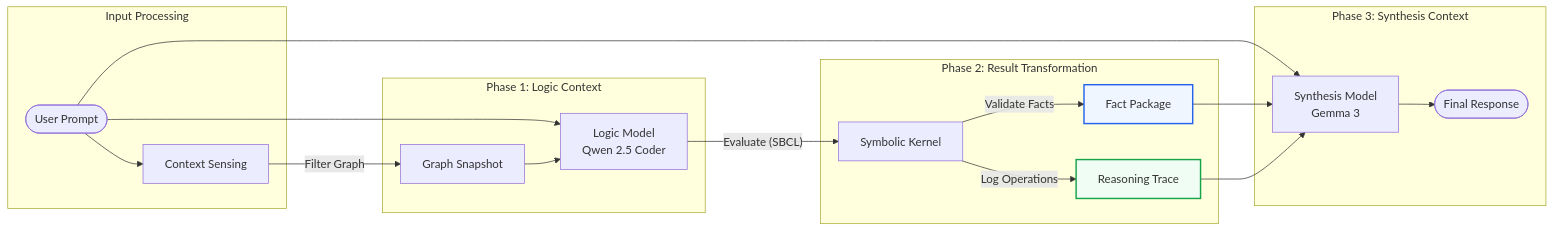
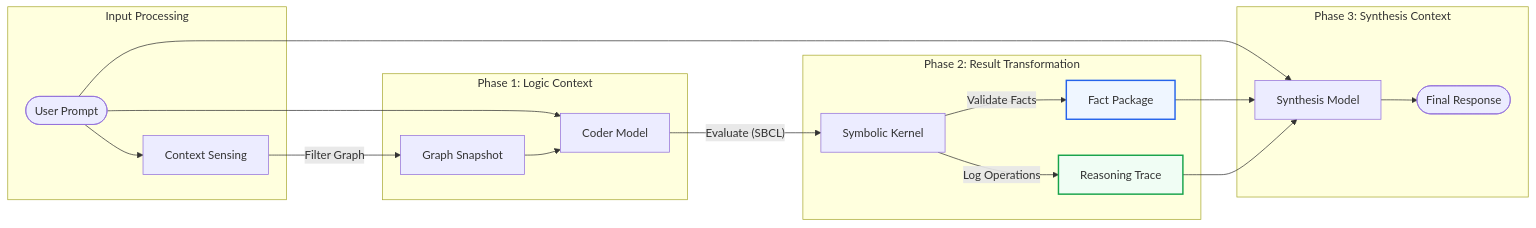
The seventh of 7 diagrams in README.md (spock74/dialectical-symbolic-ai), drawn with Mermaid before and after one commit. The commit also changed other lines of this file, not shown here.

Commit message:
docs: Normalize model nomenclature (Coder/Synthesis/Embedding) in README

````diff
--- a/README.md
+++ b/README.md
@@ -243,28 +247,28 @@
 ```mermaid
 graph LR
     subgraph "Input Processing"
         UP([User Prompt]) --> CS[Context Sensing]
     end
 
     subgraph "Phase 1: Logic Context"
         CS --> |"Filter Graph"| GS[Graph Snapshot]
-        UP --> LM[Logic Model<br/>Qwen 2.5 Coder]
-        GS --> LM
+        UP --> CM[Coder Model]
+        GS --> CM
     end
 
     subgraph "Phase 2: Result Transformation"
-        LM --> |"Evaluate (SBCL)"| SK[Symbolic Kernel]
+        CM --> |"Evaluate (SBCL)"| SK[Symbolic Kernel]
         SK --> |"Validate Facts"| FP[Fact Package]
         SK --> |"Log Operations"| RT[Reasoning Trace]
     end
 
     subgraph "Phase 3: Synthesis Context"
-        UP --> SM[Synthesis Model<br/>Gemma 3]
+        UP --> SM[Synthesis Model]
         FP --> SM
         RT --> SM
         SM --> FR([Final Response])
     end
 
     style FP fill:#eff6ff,stroke:#2563eb,stroke-width:2px
     style RT fill:#f0fdf4,stroke:#16a34a,stroke-width:2px
 ```
````
